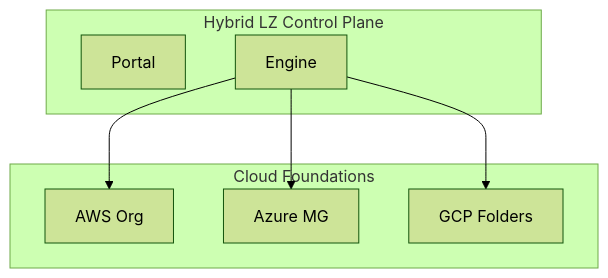
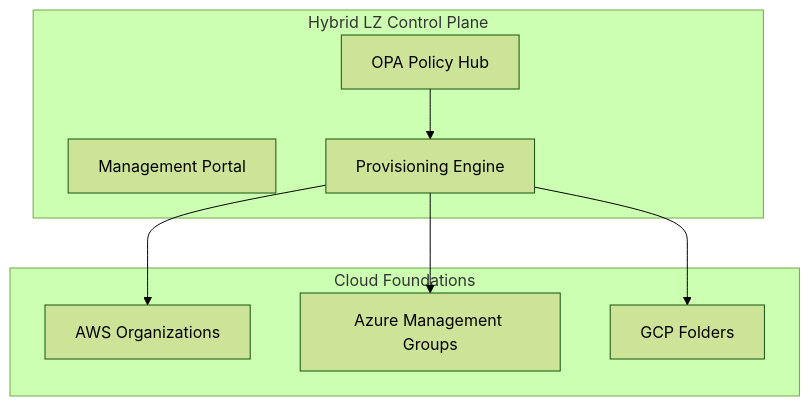
One commit to Devopstrio/hybrid-landingzone changed the first of 30 diagrams in README.md. Above: the diagram before and after it, drawn with Mermaid (forest theme). The commit also changed other lines of this file, not shown here.

Commit message:
docs: finalize premium institutional-grade README with 30+ diagrams and executive summary

````diff
--- a/README.md
+++ b/README.md
@@ -26,15 +60,17 @@
 ```mermaid
 graph TD
     subgraph "Hybrid LZ Control Plane"
-        Portal[Portal]
-        Engine[Engine]
+        Portal[Management Portal]
+        Engine[Provisioning Engine]
+        Policy[OPA Policy Hub]
     end
     subgraph "Cloud Foundations"
-        AWS[AWS Org]
-        AZ[Azure MG]
+        AWS[AWS Organizations]
+        AZ[Azure Management Groups]
         GCP[GCP Folders]
     end
     Engine --> AWS
     Engine --> AZ
     Engine --> GCP
+    Policy --> Engine
 ```
````
